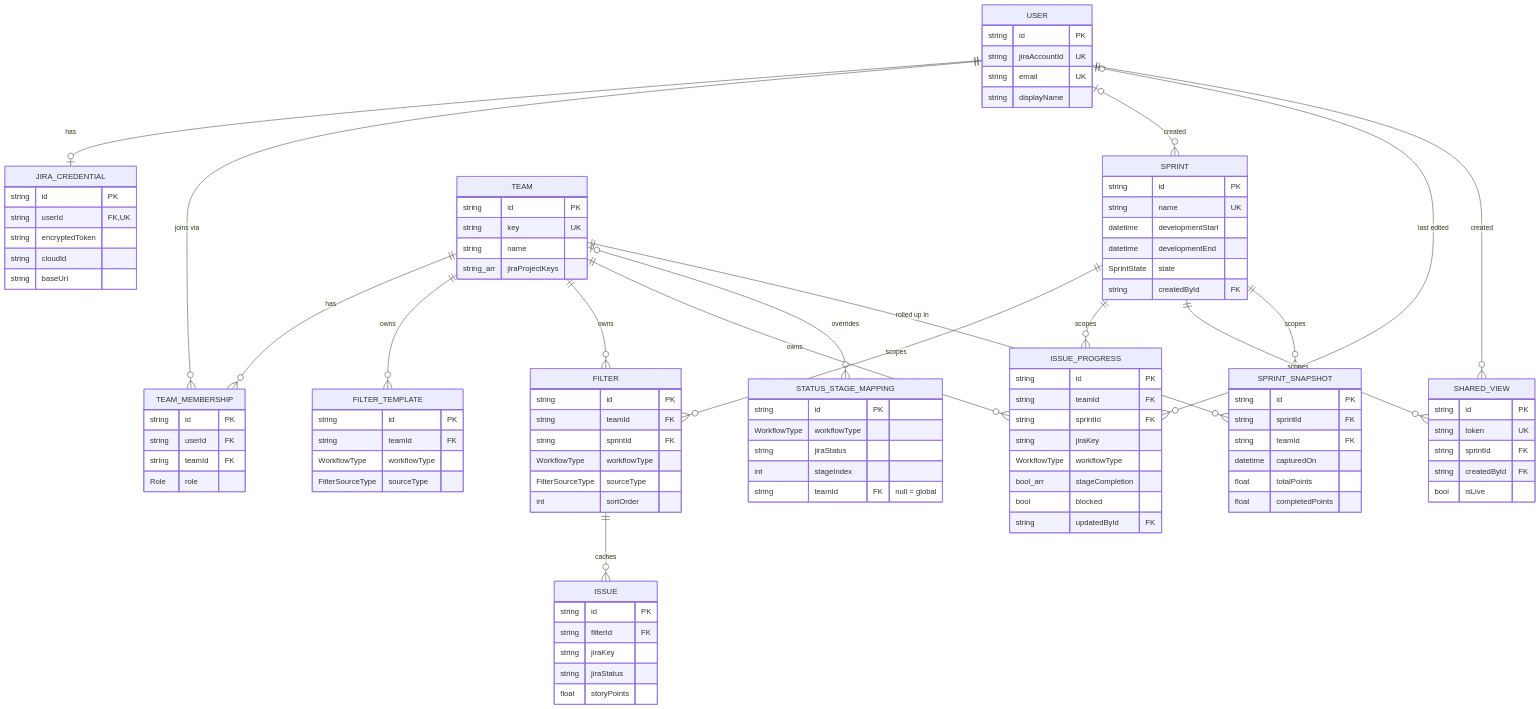
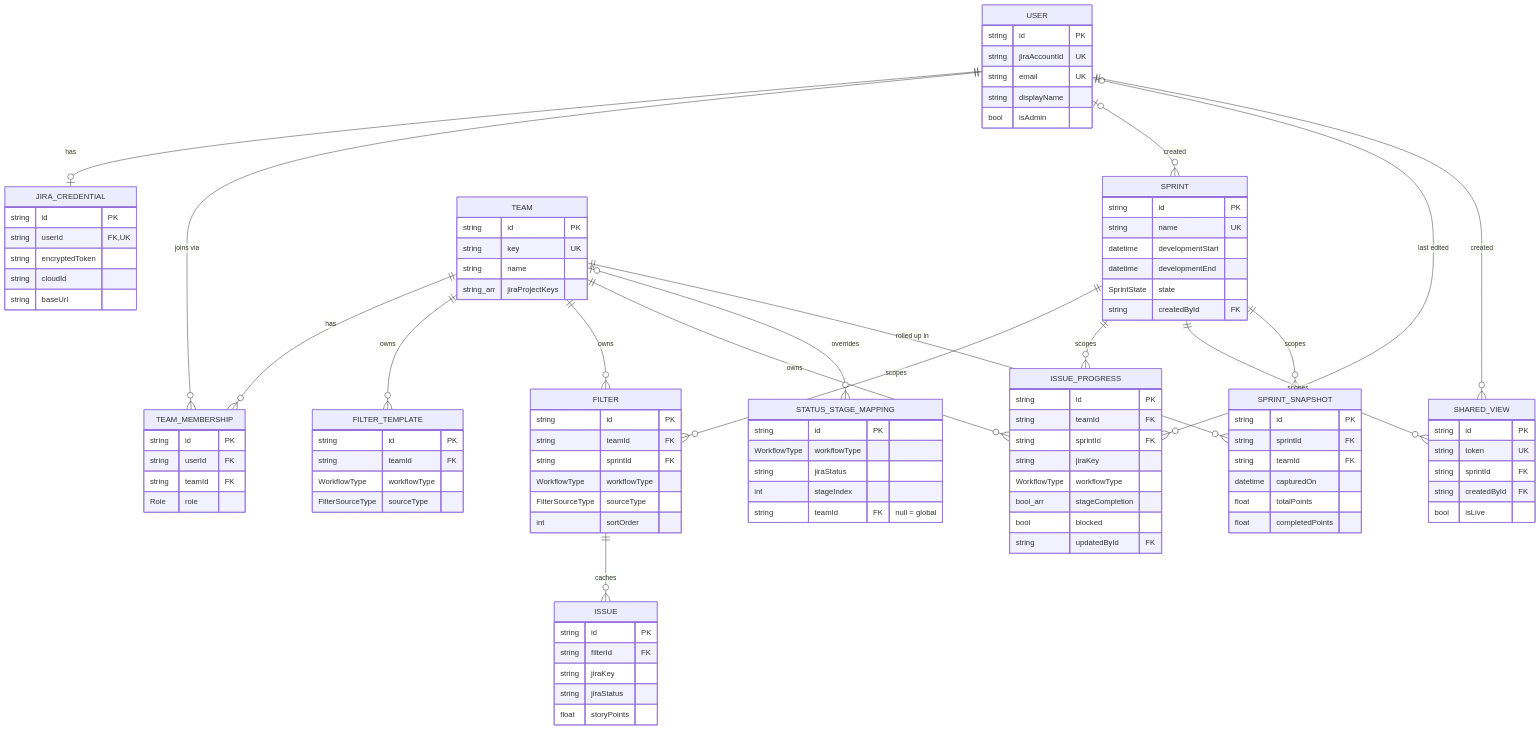
Before and after one commit to Naveen-S/TekTracker: the diagram in context/project-overview.md, drawn with Mermaid. The commit also changed other lines of this file and 12 other files, not shown here.

```diff
--- a/context/project-overview.md
+++ b/context/project-overview.md
@@ -544,6 +545,7 @@
         string jiraAccountId UK
         string email UK
         string displayName
+        bool isAdmin
     }
     JIRA_CREDENTIAL {
         string id PK
```
